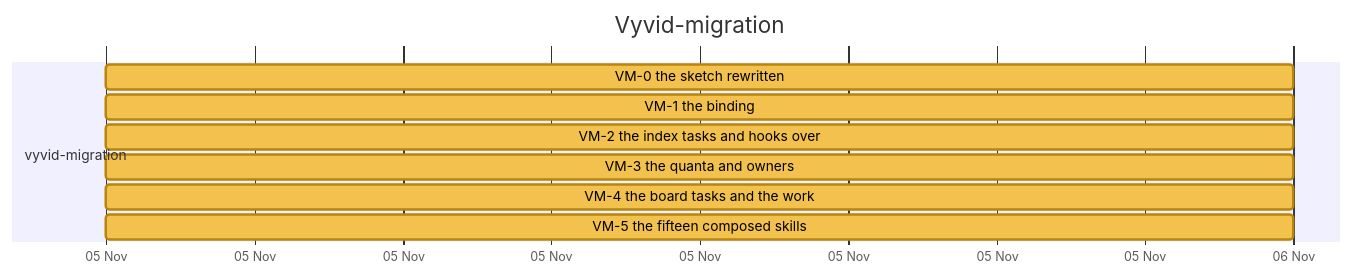
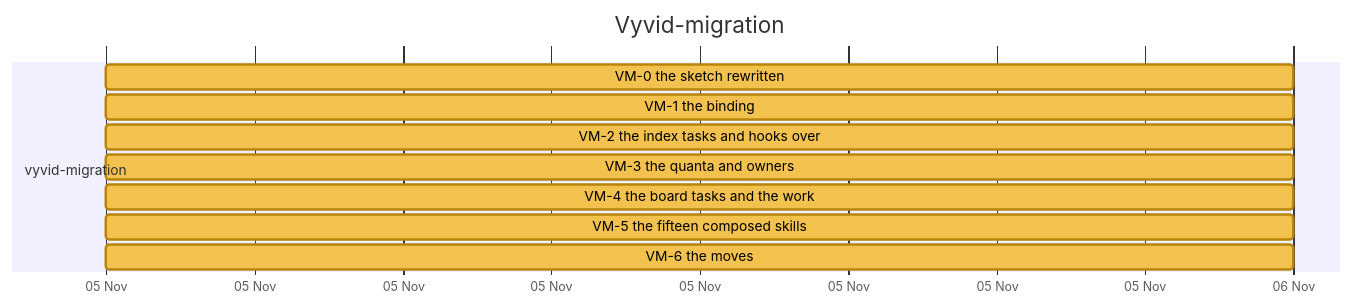
Diagram 14 of 26 in docs/developer/ROADMAP.md (nebularis/lattice), drawn with Mermaid before and after one commit. The commit also changed other lines of this file and 17 other files, not shown here.

````diff
--- a/docs/developer/ROADMAP.md
+++ b/docs/developer/ROADMAP.md
@@ -416,14 +416,15 @@
 ```mermaid
 %%{init: {"themeVariables": {"taskBkgColor": "#f2c14e", "taskBorderColor": "#b8860b", "taskTextColor": "#000000", "activeTaskBkgColor": "#4e9af1", "activeTaskBorderColor": "#1f5fbf", "activeTaskBorderColor": "#1f5fbf", "doneTaskBkgColor": "#8fcf8f", "doneTaskBorderColor": "#2f7d32", "critBkgColor": "#f28b82", "critBorderColor": "#b23a30", "taskTextDarkColor": "#000000", "taskTextLightColor": "#000000"}}}%%
 gantt
     title Vyvid-migration
     dateFormat YYYY-MM-DD
     axisFormat %d %b
     section vyvid-migration
     VM-0 the sketch rewritten :vm0, 2026-11-05, 2026-11-06
     VM-1 the binding :vm1, 2026-11-05, 2026-11-06
     VM-2 the index tasks and hooks over :vm2, 2026-11-05, 2026-11-06
     VM-3 the quanta and owners :vm3, 2026-11-05, 2026-11-06
     VM-4 the board tasks and the work :vm4, 2026-11-05, 2026-11-06
     VM-5 the fifteen composed skills :vm5, 2026-11-05, 2026-11-06
+    VM-6 the moves :vm6, 2026-11-05, 2026-11-06
 ```
````
